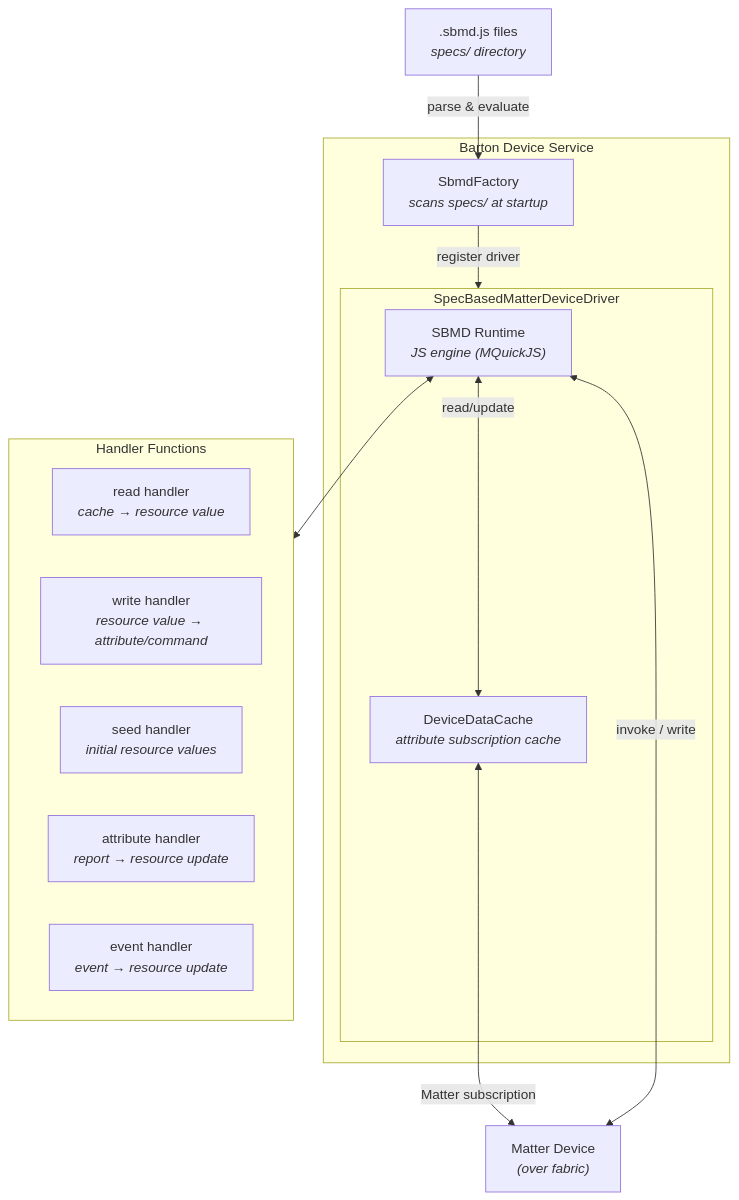
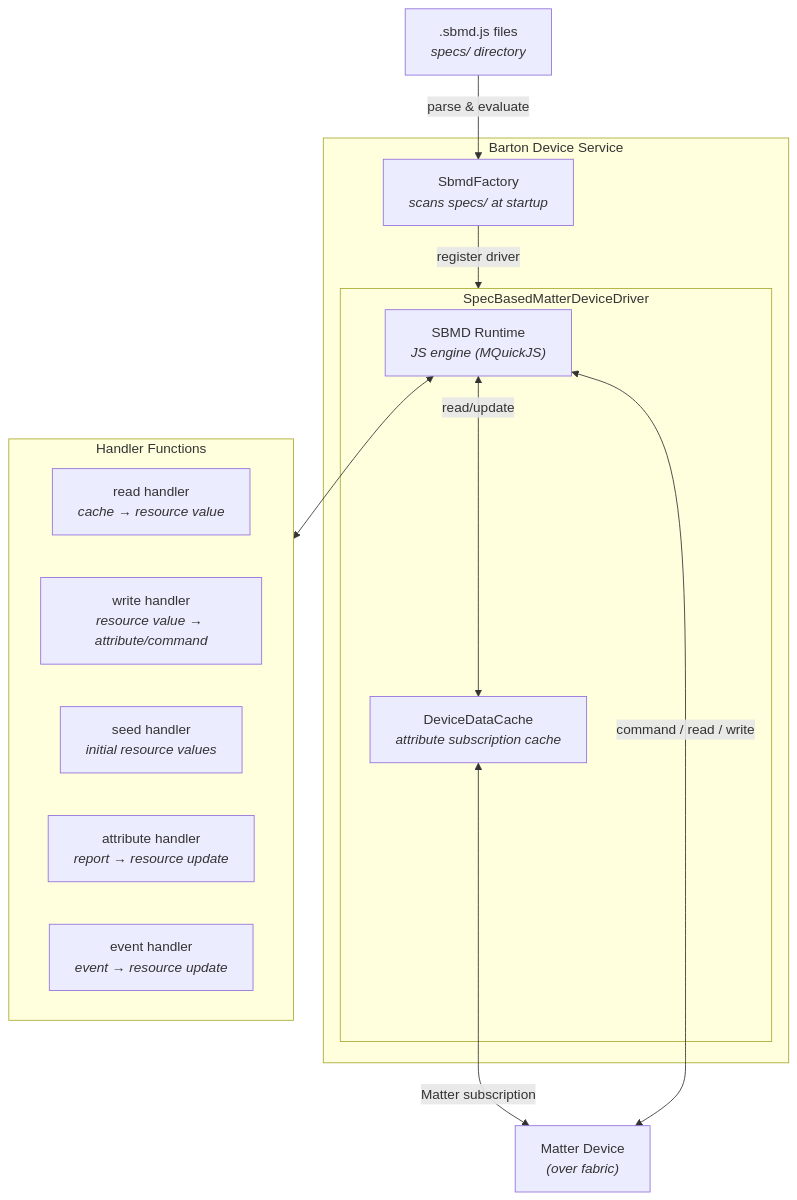
The diagram in docs/SBMD.md (rdkcentral/BartonCore), drawn with Mermaid before and after one commit. The commit also changed other lines of this file, not shown here.

First line of the commit message:
docs(sbmd): redesign device interaction API and enforce explicit terminals

````diff
--- a/docs/SBMD.md
+++ b/docs/SBMD.md
@@ -80,28 +80,28 @@
 ```mermaid
 flowchart TB
     subgraph Barton["Barton Device Service"]
         Factory["SbmdFactory<br/><i>scans specs/ at startup</i>"]
         subgraph Driver["SpecBasedMatterDeviceDriver"]
             Runtime["SBMD Runtime<br/><i>JS engine (MQuickJS)</i>"]
             Cache["DeviceDataCache<br/><i>attribute subscription cache</i>"]
         end
     end
 
     Files[".sbmd.js files<br/><i>specs/ directory</i>"] -->|parse & evaluate| Factory
     Factory -->|register driver| Driver
     Runtime <-->|read/update| Cache
 
     subgraph Handlers["Handler Functions"]
         Read["read handler<br/><i>cache → resource value</i>"]
         Write["write handler<br/><i>resource value → attribute/command</i>"]
         Seed["seed handler<br/><i>initial resource values</i>"]
         AttrH["attribute handler<br/><i>report → resource update</i>"]
         EventH["event handler<br/><i>event → resource update</i>"]
     end
 
     Runtime <--> Handlers
 
     Device["Matter Device<br/><i>(over fabric)</i>"]
     Cache <-->|Matter subscription| Device
-    Runtime <-->|invoke / write| Device
+    Runtime <-->|command / read / write| Device
 ```
````
